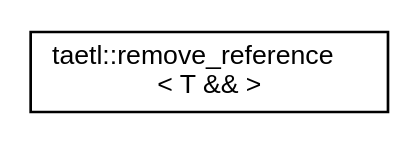
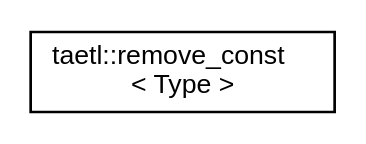
One commit to tobanteAudio/taetl changed the diagram in inherit_graph_37.dot. Above: the diagram before and after it, drawn with Graphviz. The commit also changed 127 other files, not shown here.

```diff
--- a/inherit_graph_37.dot
+++ b/inherit_graph_37.dot
@@ -1,7 +1,7 @@
 digraph "Graphical Class Hierarchy"
 {
   edge [fontname="Helvetica",fontsize="10",labelfontname="Helvetica",labelfontsize="10"];
   node [fontname="Helvetica",fontsize="10",shape=record];
   rankdir="LR";
-  Node0 [label="taetl::remove_reference\l\< T && \>",height=0.2,width=0.4,color="black", fillcolor="white", style="filled",URL="$structtaetl_1_1remove__reference_3_01T_01_6_6_01_4.html"];
+  Node0 [label="taetl::remove_const\l\< Type \>",height=0.2,width=0.4,color="black", fillcolor="white", style="filled",URL="$structtaetl_1_1remove__const.html"];
 }
```
